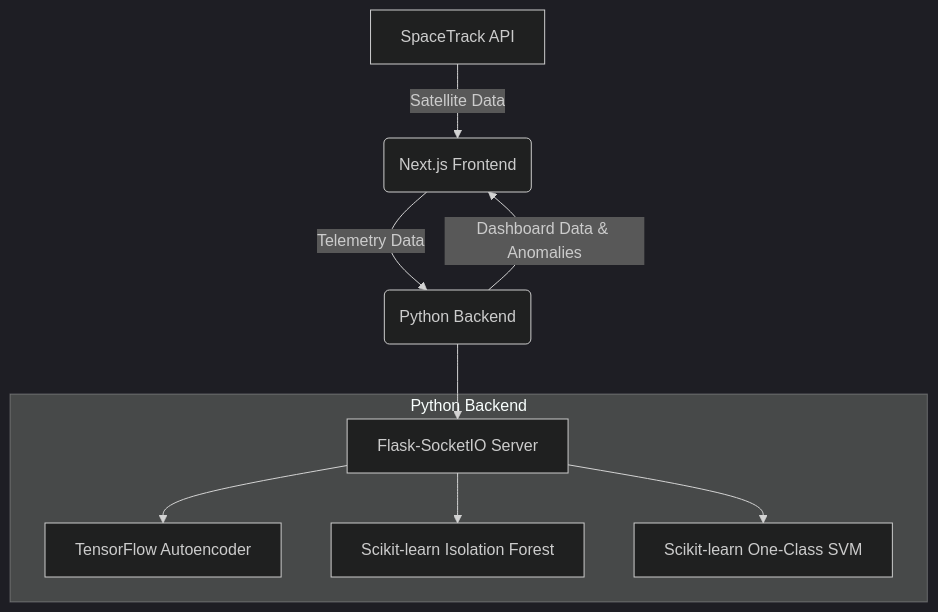
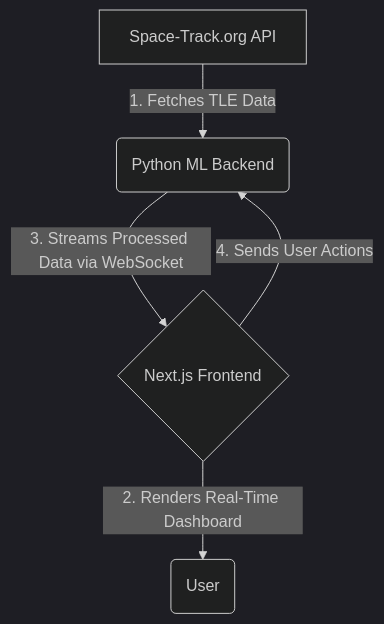
The diagram in README.md (ritvikindupuri/SENTINEL-X), drawn with Mermaid (dark theme) before and after one commit. The commit also changed other lines of this file and 1 other file, not shown here.

````diff
--- a/README.md
+++ b/README.md
@@ -28,16 +42,7 @@
 ```mermaid
 graph TD
-    A[SpaceTrack API] -->|Satellite Data| B(Next.js Frontend);
-    B -->|Telemetry Data| C(Python Backend);
-    C -->|Dashboard Data & Anomalies| B;
-    subgraph Python Backend
-        D[Flask-SocketIO Server]
-        E[TensorFlow Autoencoder]
-        F[Scikit-learn Isolation Forest]
-        G[Scikit-learn One-Class SVM]
-    end
-    C --> D;
-    D --> E;
-    D --> F;
-    D --> G;
+    A[Space-Track.org API] -->|1. Fetches TLE Data| B(Python ML Backend);
+    B -->|3. Streams Processed Data via WebSocket| C{Next.js Frontend};
+    C -->|2. Renders Real-Time Dashboard| D(User);
+    C -->|4. Sends User Actions| B;
 ```
````
